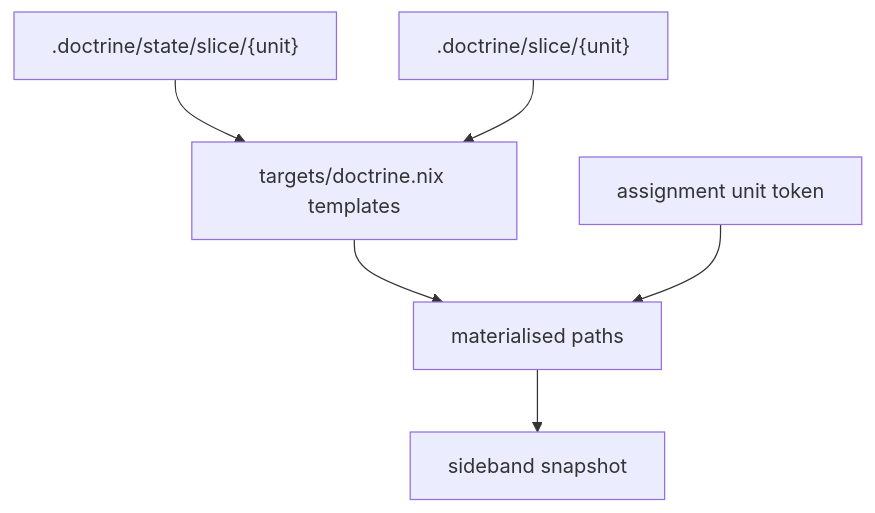
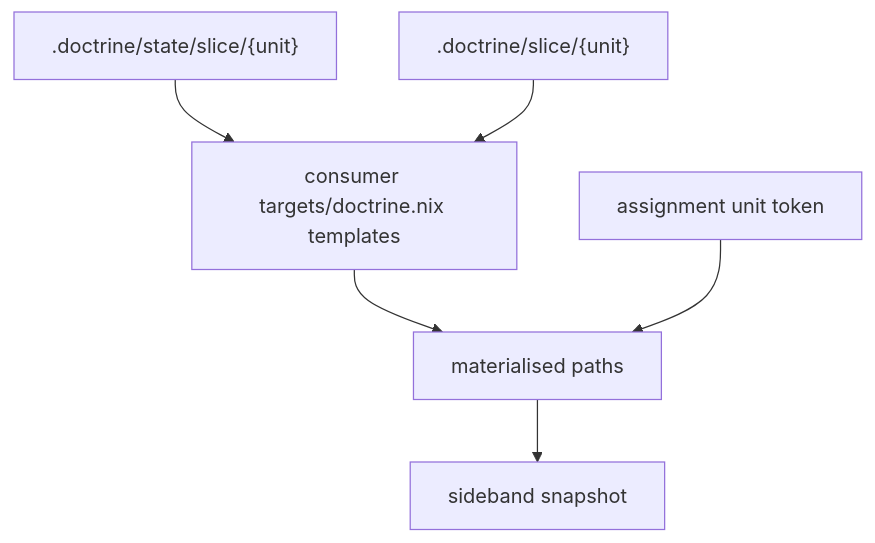
The ninth of 12 diagrams in docs/architecture-walkthrough.md (davidlee/oubliette), drawn with Mermaid before and after one commit. The commit also changed other lines of this file and 59 other files, not shown here.

````diff
--- a/docs/architecture-walkthrough.md
+++ b/docs/architecture-walkthrough.md
@@ -244,13 +244,13 @@
 ```mermaid
 flowchart TB
-    T[targets/doctrine.nix templates]
+    T[consumer targets/doctrine.nix templates]
     U[assignment unit token]
 
     T --> M[materialised paths]
     U --> M
 
     M --> S[sideband snapshot]
 
     T1[".doctrine/state/slice/{unit}"] --> T
     T2[".doctrine/slice/{unit}"] --> T
 ```
````
